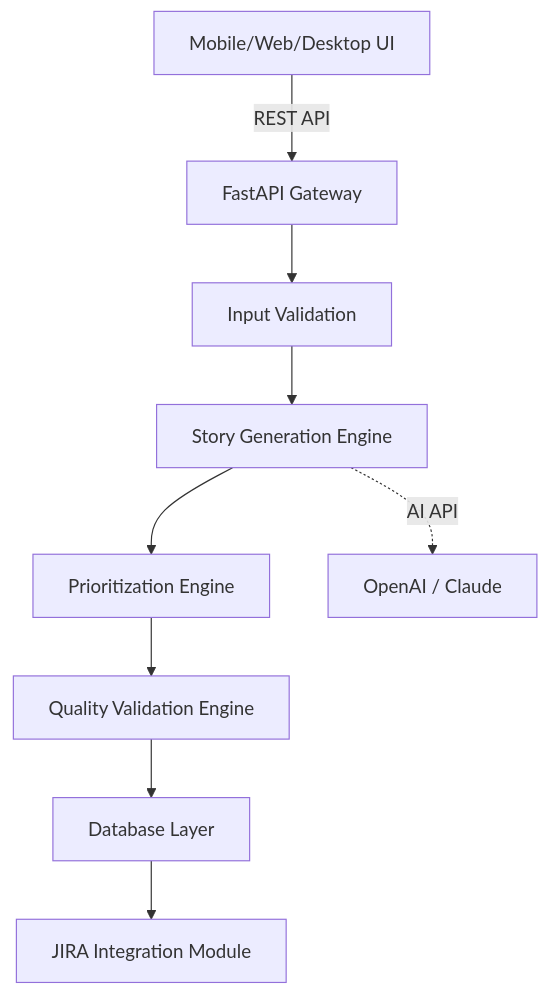
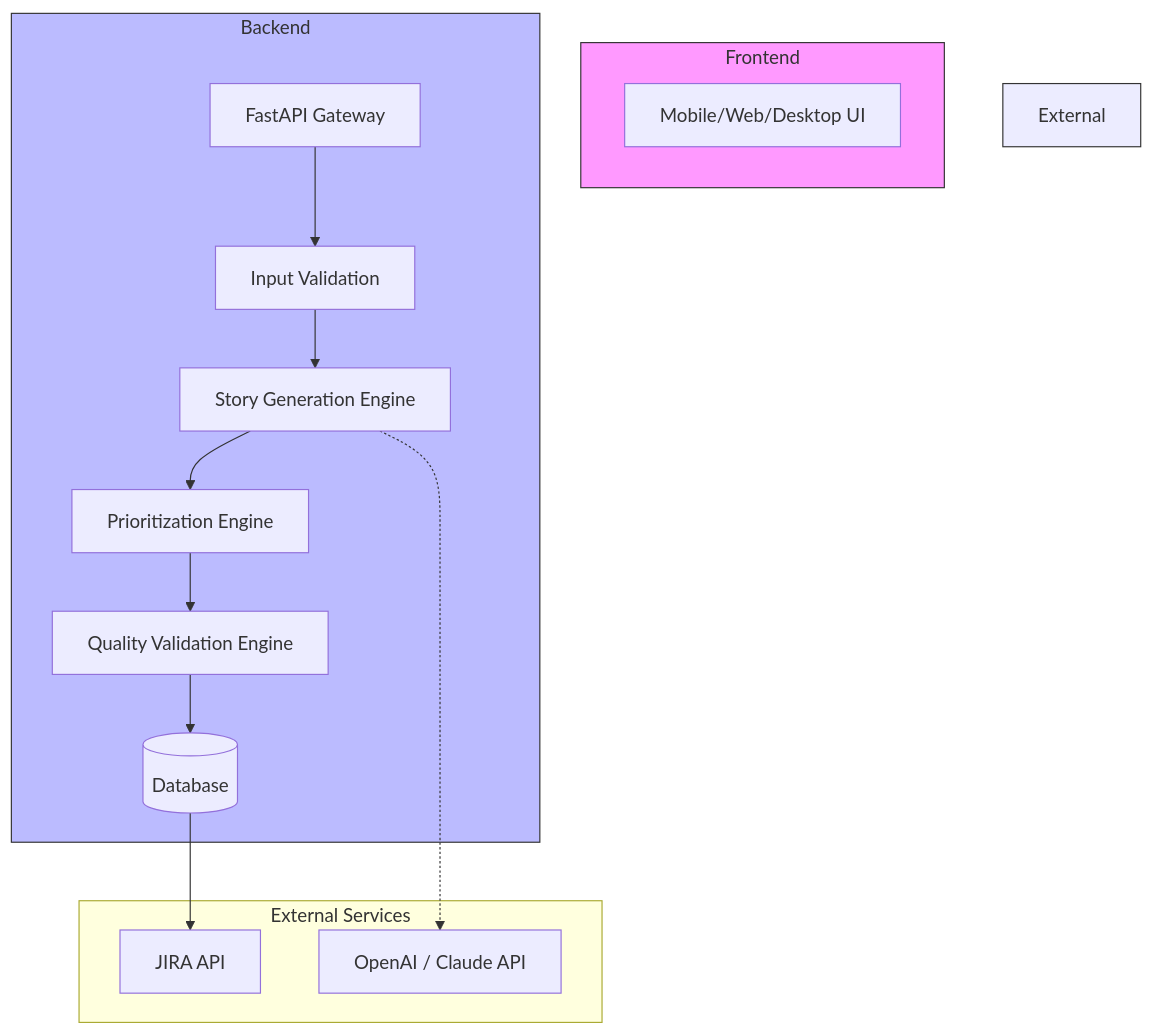
Before and after one commit to winitramesh2/BacklogAI: the first of 2 diagrams in ARCHITECTURE.md, drawn with Mermaid. The commit also changed other lines of this file and 2 other files, not shown here.

Commit message:
Docs: Enhanced documentation with visuals, diagrams, and clear formatting

````diff
--- a/ARCHITECTURE.md
+++ b/ARCHITECTURE.md
@@ -11,11 +13,23 @@
 ```mermaid
 graph TD
-    A[Mobile/Web/Desktop UI] -->|REST API| B[FastAPI Gateway]
-    B --> C[Input Validation]
+    subgraph Frontend
+    A[Mobile/Web/Desktop UI]
+    end
+
+    subgraph Backend
+    B[FastAPI Gateway] --> C[Input Validation]
     C --> D[Story Generation Engine]
     D --> E[Prioritization Engine]
     E --> F[Quality Validation Engine]
-    F --> G[Database Layer]
-    G --> H[JIRA Integration Module]
-    D -.->|AI API| I[OpenAI / Claude]
+    F --> G[(Database)]
+    end
+
+    subgraph External Services
+    G --> H[JIRA API]
+    D -.-> I[OpenAI / Claude API]
+    end
+
+    style Frontend fill:#f9f,stroke:#333
+    style Backend fill:#bbf,stroke:#333
+    style External Services fill:#e1f5fe,stroke:#333
 ```
````
